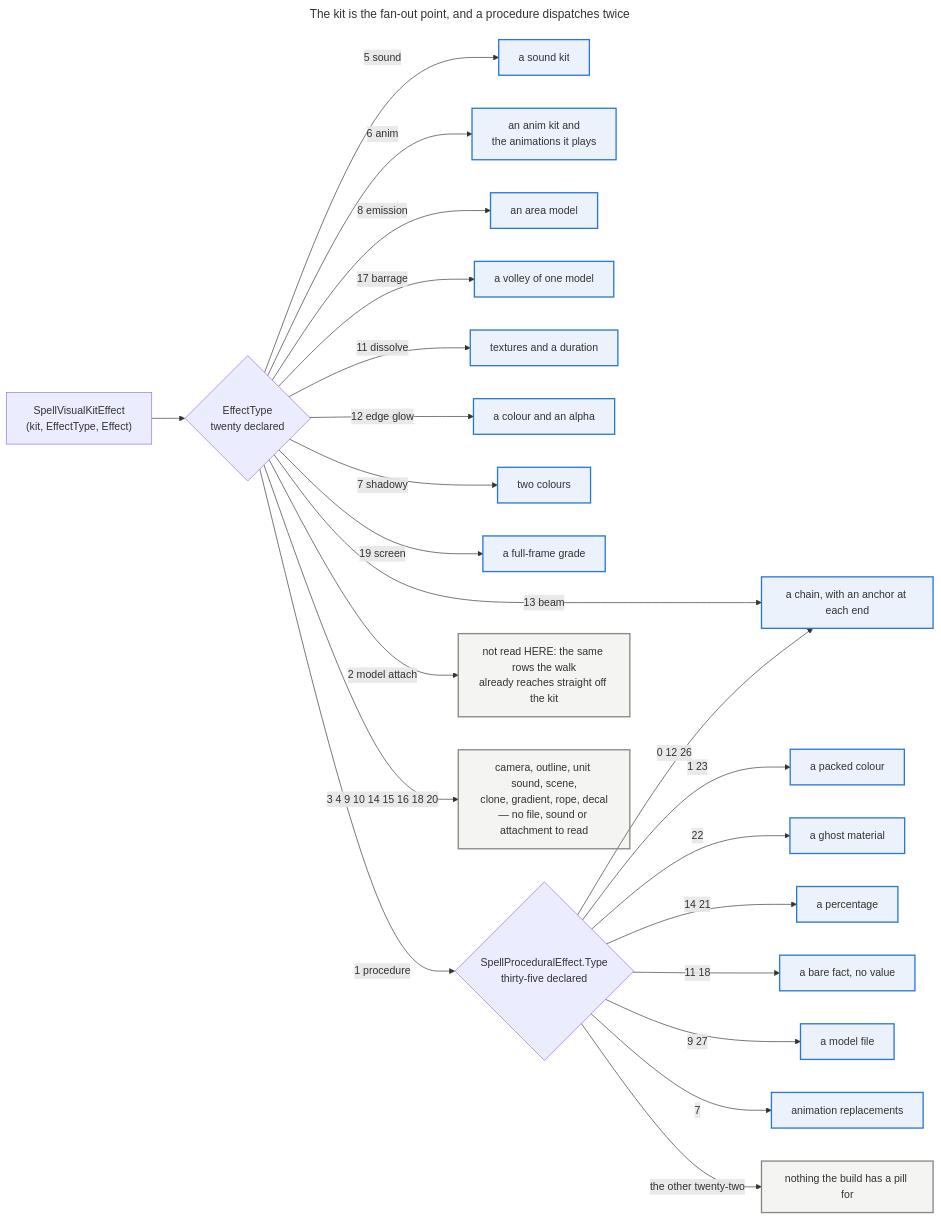
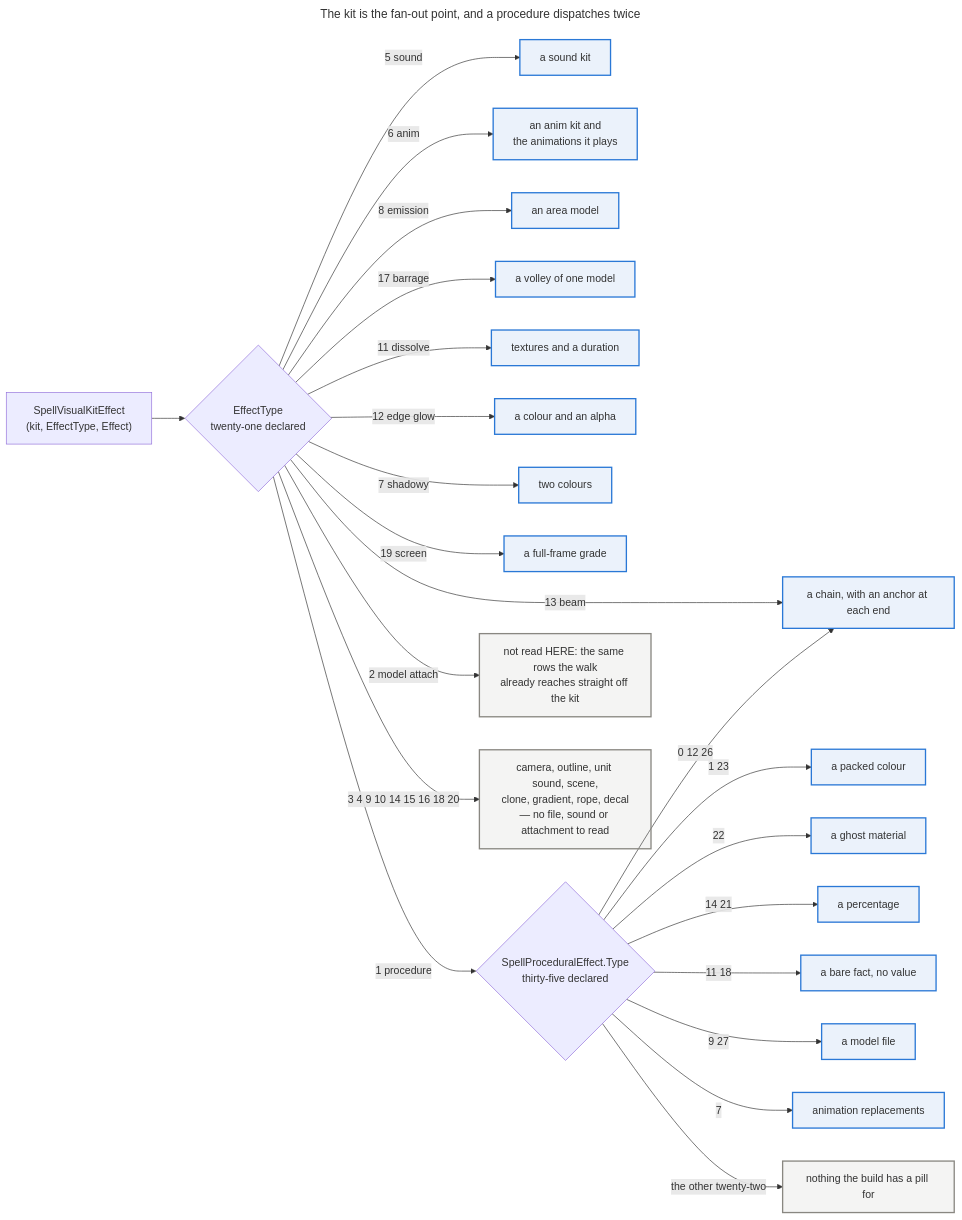
Before and after one commit to Natans8/Epsilook: the ninth of 12 diagrams in docs/DATA_ROUTES.md, drawn with Mermaid. The commit also changed other lines of this file and 27 other files, not shown here.

````diff
--- a/docs/DATA_ROUTES.md
+++ b/docs/DATA_ROUTES.md
@@ -743,46 +743,47 @@
 ```mermaid
 ---
 title: The kit is the fan-out point, and a procedure dispatches twice
 ---
 flowchart LR
     accTitle: The kit effect type dispatch
     accDescr {
       A kit effect row carries a type and a value, and the type decides which table the value
-      is an id in. Twenty types are declared and ten of them a route reads. The largest of the rest
+      is an id in. Twenty-one values are declared, the enum's twenty types plus the empty row, and
+      ten of them a route reads. The largest of the rest
       is the model attach, which is not dropped but reached directly from the kit by the walk. One
       of the ten is a procedure, whose own type dispatches a second time: thirty-five declared, of
       which thirteen carry a payload the build reads.
     }
 
     KE["SpellVisualKitEffect<br/>(kit, EffectType, Effect)"]
-    KE --> T{"EffectType<br/>twenty declared"}
+    KE --> T{"EffectType<br/>twenty-one declared"}
     T -->|"5 sound"| SND["a sound kit"]
     T -->|"6 anim"| ANM["an anim kit and<br/>the animations it plays"]
     T -->|"13 beam"| BEAM["a chain, with an anchor at each end"]
     T -->|"8 emission"| EMI["an area model"]
     T -->|"17 barrage"| BAR["a volley of one model"]
     T -->|"11 dissolve"| DIS["textures and a duration"]
     T -->|"12 edge glow"| GLO["a colour and an alpha"]
     T -->|"7 shadowy"| SHA["two colours"]
     T -->|"19 screen"| SCR["a full-frame grade"]
     T -->|"1 procedure"| PRC{"SpellProceduralEffect.Type<br/>thirty-five declared"}
     T -->|"2 model attach"| MA["not read HERE: the same rows the walk<br/>already reaches straight off the kit"]
     T -->|"3 4 9 10 14 15 16 18 20"| NONE["camera, outline, unit sound, scene,<br/>clone, gradient, rope, decal<br/>— no file, sound or attachment to read"]
 
     PRC -->|"0 12 26"| BEAM
     PRC -->|"1 23"| COL["a packed colour"]
     PRC -->|"22"| GHO["a ghost material"]
     PRC -->|"14 21"| PCT["a percentage"]
     PRC -->|"11 18"| BARE["a bare fact, no value"]
     PRC -->|"9 27"| MOD["a model file"]
     PRC -->|"7"| SWAP["animation replacements"]
     PRC -->|"the other twenty-two"| NONE2["nothing the build has a pill for"]
 
     %% Emphasis rather than identity: what a route reads is the subject, and the
     %% rest is context. The de-emphasis grey clears 3:1 on a light page and on a
     %% dark one, so the contrast between the two groups survives either theme.
     classDef read fill:#2a78d618,stroke:#2a78d6,stroke-width:2px
     classDef unread fill:#89878118,stroke:#898781,stroke-width:2px
     class SND,ANM,BEAM,EMI,BAR,DIS,GLO,SHA,SCR,COL,GHO,PCT,BARE,MOD,SWAP read
     class MA,NONE,NONE2 unread
 ```
````
